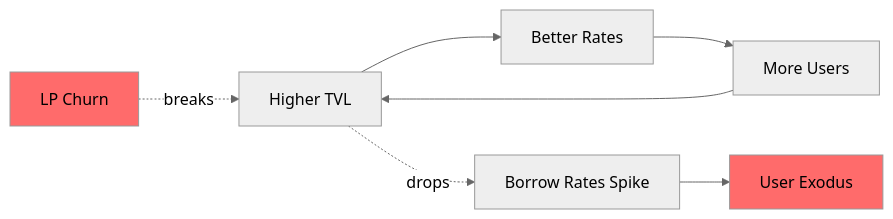
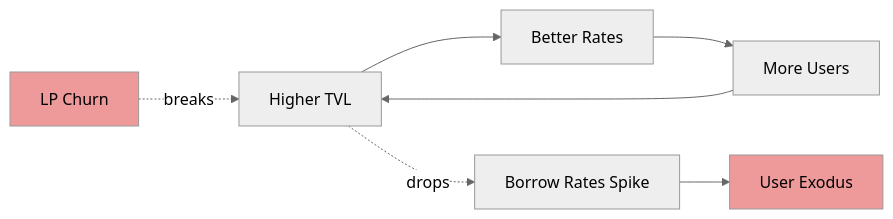
Before and after one commit to ljg-cqu/knowledge: the third of 11 diagrams in Industry/Blockchain/Blockchain/ValueChain/QA_Perplexity.md, drawn with Mermaid (neutral theme). The commit also changed other lines of this file and 6 other files, not shown here.

````diff
--- a/Industry/Blockchain/Blockchain/ValueChain/QA_Perplexity.md
+++ b/Industry/Blockchain/Blockchain/ValueChain/QA_Perplexity.md
@@ -188,13 +188,13 @@
 ```mermaid
 graph LR
     A[Higher TVL] --> B[Better Rates]
     B --> C[More Users]
     C --> A
     
     D[LP Churn] -.breaks.-> A
     A -.drops.-> E[Borrow Rates Spike]
     E --> F[User Exodus]
     
-    style D fill:#ff6b6b
-    style F fill:#ff6b6b
+    style D fill:#EF9A9A
+    style F fill:#EF9A9A
 ```
````
